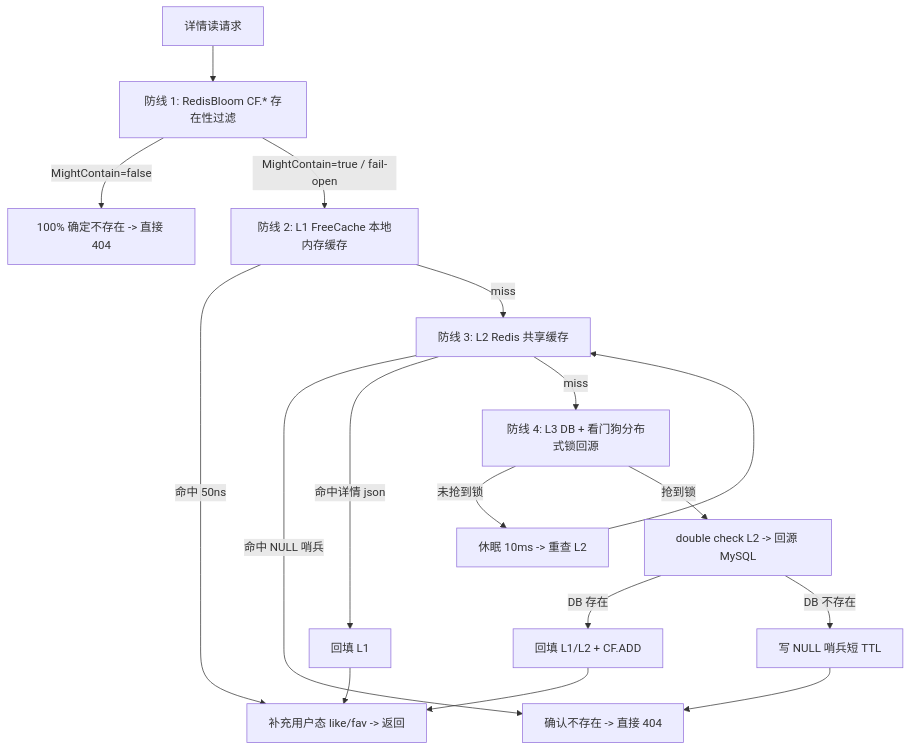
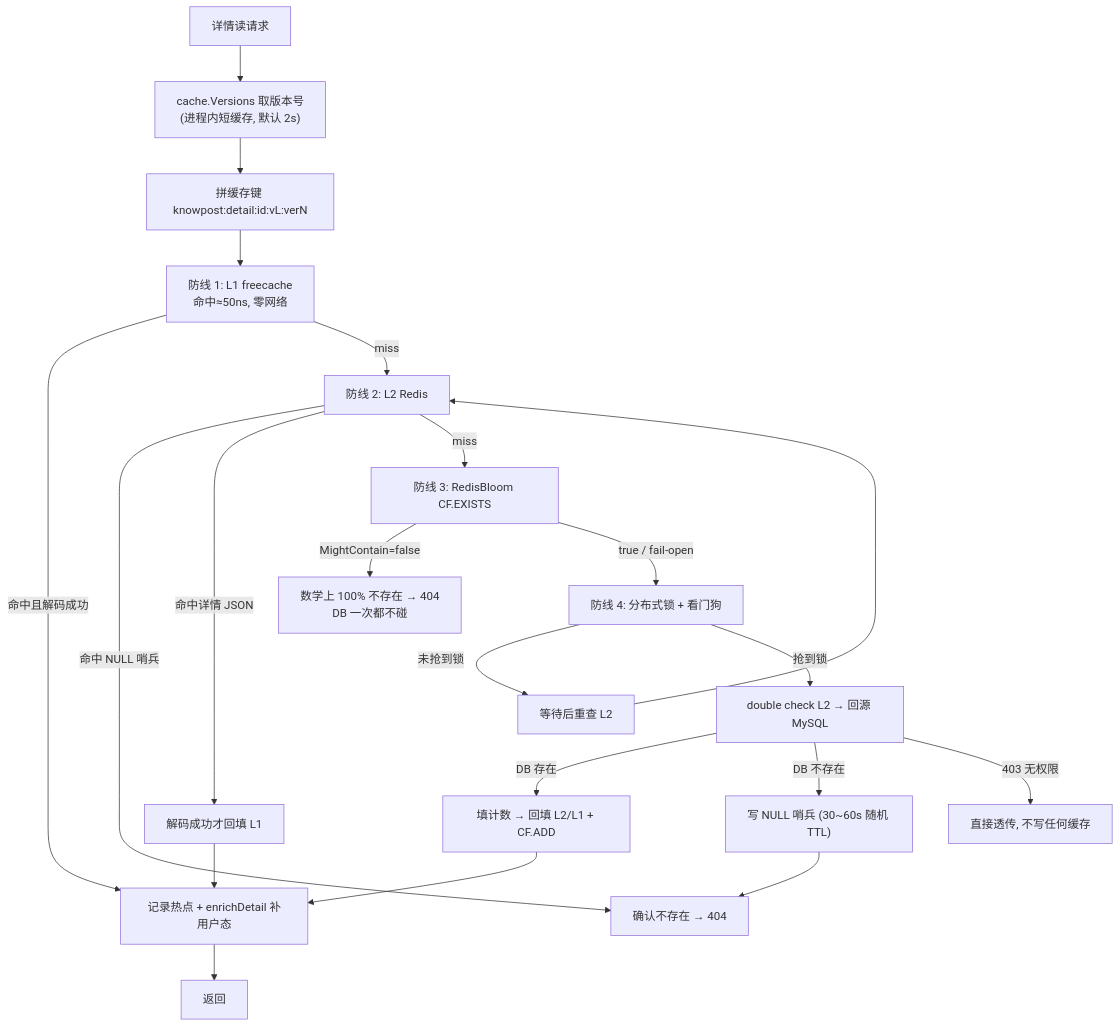
The second of 19 diagrams in docs/modules/04-知文内容缓存与Feed模块.md (bitladykiller/zhiguang_go), drawn with Mermaid before and after one commit. The commit also changed other lines of this file and 99 other files, not shown here.

````diff
--- a/docs/modules/04-知文内容缓存与Feed模块.md
+++ b/docs/modules/04-知文内容缓存与Feed模块.md
@@ -154,15 +163,18 @@
 ```mermaid
 flowchart TD
-    A[详情读请求] --> B[防线 1: RedisBloom CF.* 存在性过滤]
-    B -->|MightContain=false| Z1[100% 确定不存在 -> 直接 404]
-    B -->|MightContain=true / fail-open| C[防线 2: L1 FreeCache 本地内存缓存]
-    C -->|命中 50ns| U[补充用户态 like/fav -> 返回]
-    C -->|miss| D[防线 3: L2 Redis 共享缓存]
-    D -->|命中 NULL 哨兵| Z2[确认不存在 -> 直接 404]
-    D -->|命中详情 json| C2[回填 L1] --> U
-    D -->|miss| E[防线 4: L3 DB + 看门狗分布式锁回源]
-    E -->|未抢到锁| F[休眠 10ms -> 重查 L2] --> D
-    E -->|抢到锁| G[double check L2 -> 回源 MySQL]
-    G -->|DB 存在| H[回填 L1/L2 + CF.ADD] --> U
-    G -->|DB 不存在| I[写 NULL 哨兵短 TTL] --> Z2
+    A[详情读请求] --> V["cache.Versions 取版本号<br/>(进程内短缓存, 默认 2s)"]
+    V --> K["拼缓存键 knowpost:detail:id:vL:verN"]
+    K --> C["防线 1: L1 freecache<br/>命中≈50ns, 零网络"]
+    C -->|"命中且解码成功"| U["记录热点 + enrichDetail 补用户态"] --> R[返回]
+    C -->|miss| D["防线 2: L2 Redis"]
+    D -->|"命中 NULL 哨兵"| Z2[确认不存在 → 404]
+    D -->|"命中详情 JSON"| C2[解码成功才回填 L1] --> U
+    D -->|miss| B["防线 3: RedisBloom CF.EXISTS"]
+    B -->|"MightContain=false"| Z1["数学上 100% 不存在 → 404<br/>DB 一次都不碰"]
+    B -->|"true / fail-open"| E["防线 4: 分布式锁 + 看门狗"]
+    E -->|"未抢到锁"| F[等待后重查 L2] --> D
+    E -->|"抢到锁"| G[double check L2 → 回源 MySQL]
+    G -->|"DB 存在"| H["填计数 → 回填 L2/L1 + CF.ADD"] --> U
+    G -->|"DB 不存在"| I["写 NULL 哨兵 (30~60s 随机 TTL)"] --> Z2
+    G -->|"403 无权限"| Z3["直接透传, 不写任何缓存"]
 ```
````
